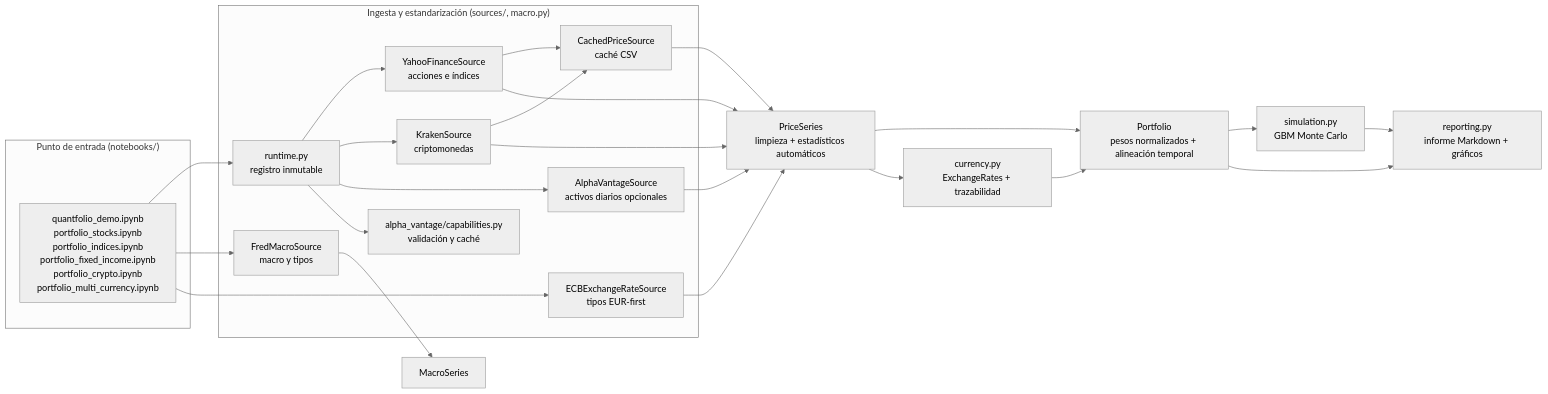
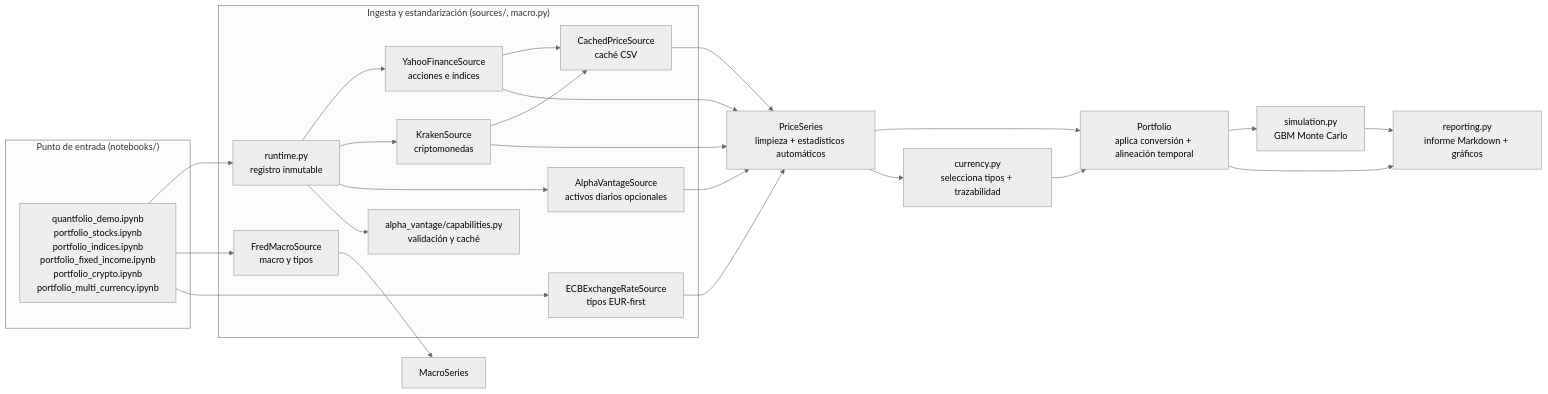
Before and after one commit to alejandroperezpujante/quantfolio: the second of 2 diagrams in docs/architecture.md, drawn with Mermaid (neutral theme). The commit also changed other lines of this file and 27 other files, not shown here.

````diff
--- a/docs/architecture.md
+++ b/docs/architecture.md
@@ -179,46 +205,46 @@
 ```mermaid
 flowchart LR
     subgraph entrypoint["Punto de entrada (notebooks/)"]
         NB["quantfolio_demo.ipynb<br/>portfolio_stocks.ipynb<br/>portfolio_indices.ipynb<br/>portfolio_fixed_income.ipynb<br/>portfolio_crypto.ipynb<br/>portfolio_multi_currency.ipynb"]
     end
 
     subgraph ingestion["Ingesta y estandarización (sources/, macro.py)"]
         YF["YahooFinanceSource<br/>acciones e índices"]
         KR["KrakenSource<br/>criptomonedas"]
         ECB["ECBExchangeRateSource<br/>tipos EUR-first"]
         AV["AlphaVantageSource<br/>activos diarios opcionales"]
         RT["runtime.py<br/>registro inmutable"]
         CP["alpha_vantage/capabilities.py<br/>validación y caché"]
         CA["CachedPriceSource<br/>caché CSV"]
         FR["FredMacroSource<br/>macro y tipos"]
     end
 
     PS["PriceSeries<br/>limpieza + estadísticos automáticos"]
-    ER["currency.py<br/>ExchangeRates + trazabilidad"]
+    ER["currency.py<br/>selecciona tipos + trazabilidad"]
     MS["MacroSeries"]
-    PF["Portfolio<br/>pesos normalizados + alineación temporal"]
+    PF["Portfolio<br/>aplica conversión + alineación temporal"]
     MC["simulation.py<br/>GBM Monte Carlo"]
     RP["reporting.py<br/>informe Markdown + gráficos"]
 
     NB --> RT
     RT --> YF
     RT --> KR
     RT --> AV
     RT --> CP
     NB --> FR
     NB --> ECB
     YF --> CA
     KR --> CA
     YF --> PS
     KR --> PS
     ECB --> PS
     AV --> PS
     CA --> PS
     FR --> MS
     PS --> PF
     PS --> ER
     ER --> PF
     PF --> MC
     PF --> RP
     MC --> RP
 ```
````
